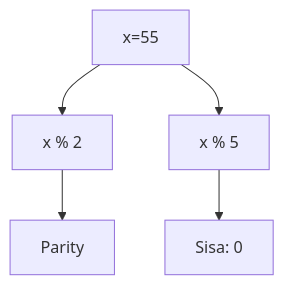
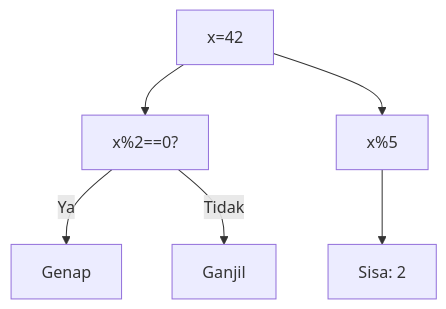
One commit to amnahwaida/OSNK_INF_PREP changed diagram 19 of 25 in part-c-pemahaman-cpp/02-percabangan/latihan/set-12.md. Above: the diagram before and after it, drawn with Mermaid. The commit also changed other lines of this file and 71 other files, not shown here.

Commit message:
Fixed Mermaid syntax lexical errors with quoted labels in 1,800 questions

````diff
--- a/part-c-pemahaman-cpp/02-percabangan/latihan/set-12.md
+++ b/part-c-pemahaman-cpp/02-percabangan/latihan/set-12.md
@@ -569,7 +581,8 @@
 ```mermaid
 graph TD
-A[x=55] --> B[x % 2]
-B --> C[Parity]
-A --> D[x % 5]
-D --> E[Sisa: 0]
+A["x=42"] --> B["x%2==0?"]
+B -- Ya --> C["Genap"]
+B -- Tidak --> D["Ganjil"]
+A --> E["x%5"]
+E --> F["Sisa: 2"]
 ```
````
